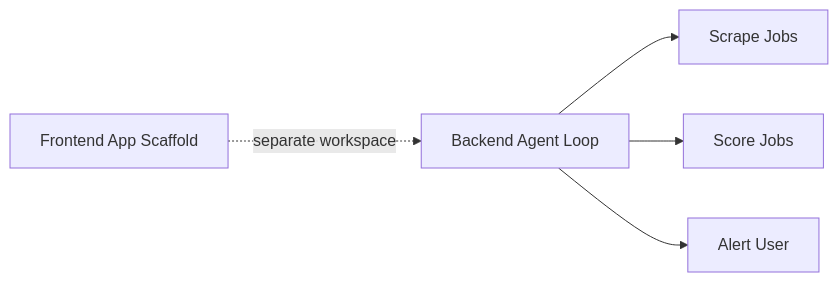
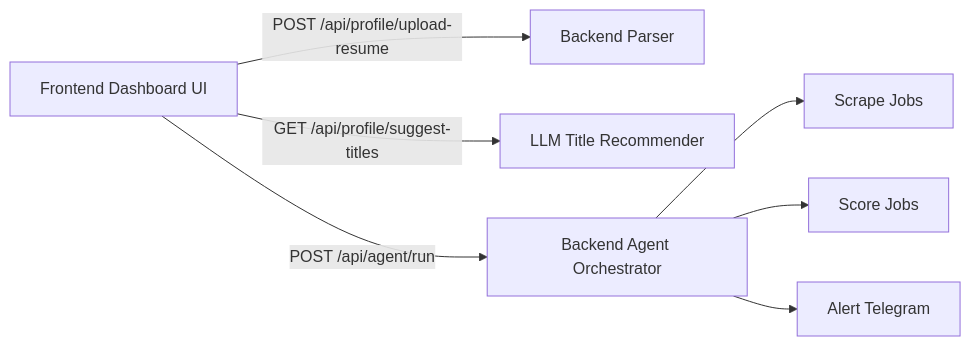
Before and after one commit to supersparton/CareerAtlas: the diagram in wiki/entities/frontend-app.md, drawn with Mermaid. The commit also changed other lines of this file and 24 other files, not shown here.

````diff
--- a/wiki/entities/frontend-app.md
+++ b/wiki/entities/frontend-app.md
@@ -27,7 +26,9 @@
 ```mermaid
 graph LR
-    A[Frontend App Scaffold] -. separate workspace .-> B[Backend Agent Loop]
-    B --> C[Scrape Jobs]
-    B --> D[Score Jobs]
-    B --> E[Alert User]
+    A[Frontend Dashboard UI] -- POST /api/profile/upload-resume --> B[Backend Parser]
+    A -- GET /api/profile/suggest-titles --> C[LLM Title Recommender]
+    A -- POST /api/agent/run --> D[Backend Agent Orchestrator]
+    D --> E[Scrape Jobs]
+    D --> F[Score Jobs]
+    D --> G[Alert Telegram]
 ```
````
